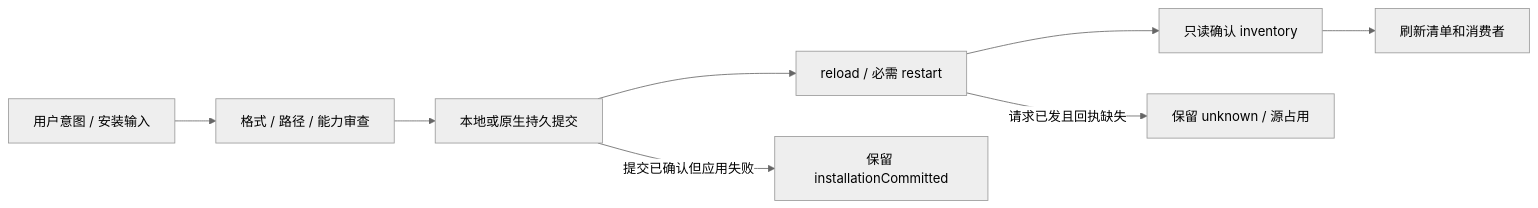
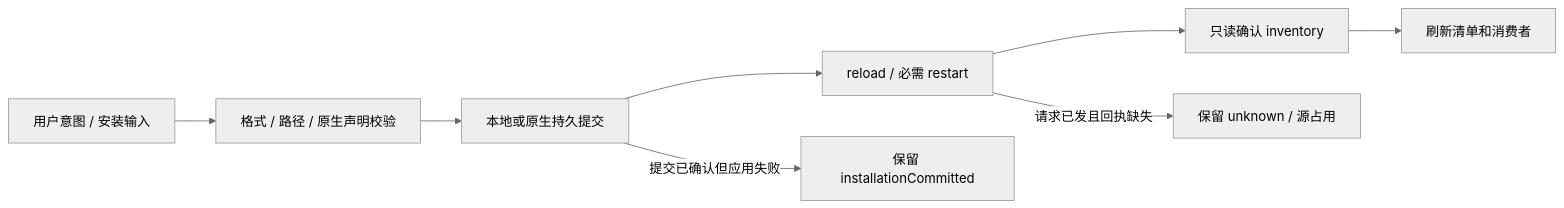
One commit to liangxhao/JustDo changed the second of 4 diagrams in docs/architecture/07-plugin-system.md. Above: the diagram before and after it, drawn with Mermaid (neutral theme). The commit also changed other lines of this file and 47 other files, not shown here.

````diff
--- a/docs/architecture/07-plugin-system.md
+++ b/docs/architecture/07-plugin-system.md
@@ -99,10 +99,10 @@
 ```mermaid
 flowchart LR
-  Input[用户意图 / 安装输入] --> Check[格式 / 路径 / 能力审查]
+  Input[用户意图 / 安装输入] --> Check[格式 / 路径 / 原生声明校验]
   Check --> Commit[本地或原生持久提交]
   Commit --> Apply[reload / 必需 restart]
   Apply --> Confirm[只读确认 inventory]
   Confirm --> UI[刷新清单和消费者]
   Commit -->|提交已确认但应用失败| Partial[保留 installationCommitted]
   Apply -->|请求已发且回执缺失| Unknown[保留 unknown / 源占用]
 ```
````
